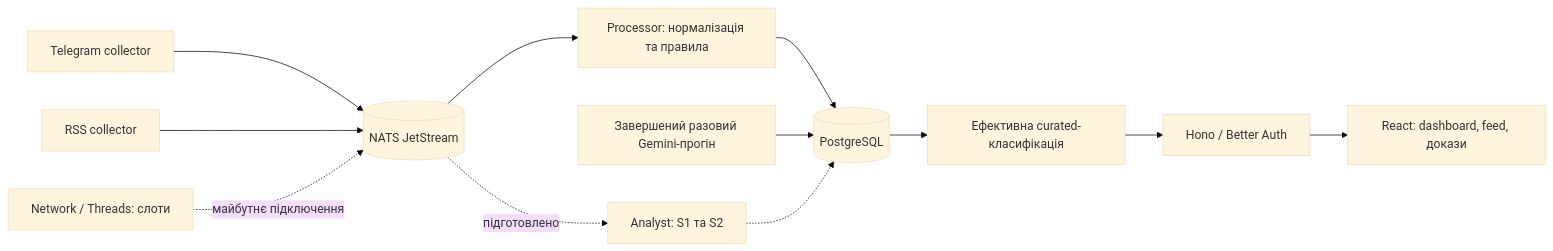
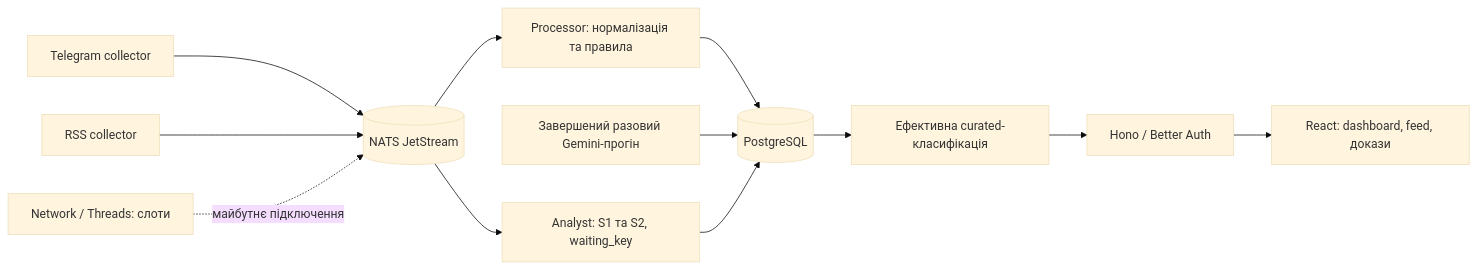
Before and after one commit to oopiesii/hackathon_vodafone: the diagram in docs/TEAM_BRIEF.md, drawn with Mermaid (base theme). The commit also changed other lines of this file and 1 other file, not shown here.

````diff
--- a/docs/TEAM_BRIEF.md
+++ b/docs/TEAM_BRIEF.md
@@ -65,14 +67,14 @@
 ```mermaid
 flowchart LR
   TG[Telegram collector] --> BUS[(NATS JetStream)]
   RSS[RSS collector] --> BUS
   BUS --> PROC[Processor: нормалізація та правила]
   PROC --> DB[(PostgreSQL)]
   ONCE[Завершений разовий Gemini-прогін] --> DB
-  BUS -. підготовлено .-> AI[Analyst: S1 та S2]
-  AI -.-> DB
+  BUS --> AI[Analyst: S1 та S2, waiting_key]
+  AI --> DB
   DB --> CURATED[Ефективна curated-класифікація]
   CURATED --> API[Hono / Better Auth]
   API --> UI[React: dashboard, feed, докази]
   NET[Network / Threads: слоти] -. майбутнє підключення .-> BUS
 ```
````
